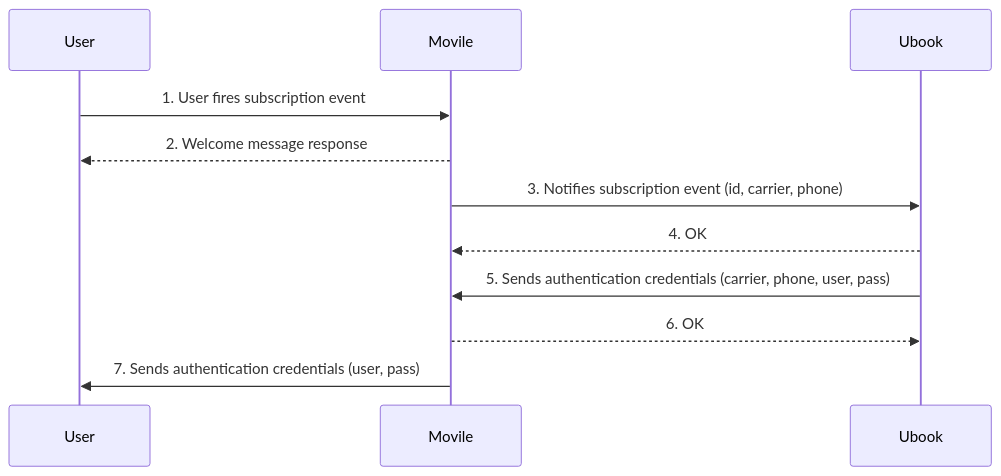
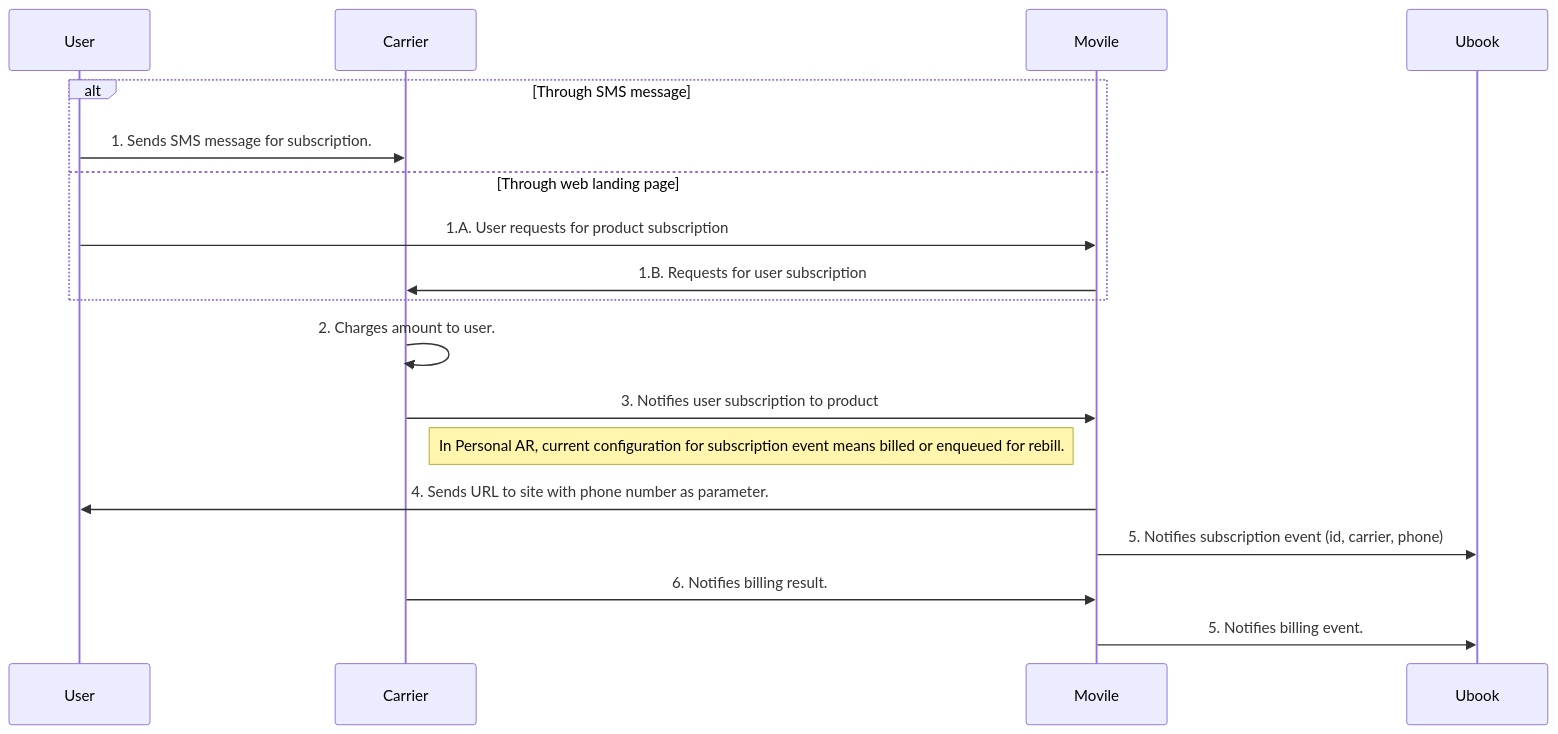
The diagram in ubook/subscription.mmd (ariel-rios-movile/diagrams), drawn with Mermaid before and after one commit. The commit also changed 2 other files, not shown here.

Commit message:
Updates diagrams for Ubook.

```diff
--- a/ubook/subscription.mmd
+++ b/ubook/subscription.mmd
@@ -1,12 +1,17 @@
 sequenceDiagram
-    participant User
-    participant Movile
-    participant Ubook
+    alt Through SMS message
+        User ->> Carrier: 1. Sends SMS message for subscription.
+    else Through web landing page
+        User ->> Movile: 1.A. User requests for product subscription
+        Movile ->> Carrier: 1.B. Requests for user subscription
+    end
 
-    User->>Movile: 1. User fires subscription event
-    Movile-->>User: 2. Welcome message response
-    Movile->>Ubook: 3. Notifies subscription event (id, carrier, phone)
-    Ubook-->>Movile: 4. OK
-    Ubook->>Movile: 5. Sends authentication credentials (carrier, phone, user, pass)
-    Movile-->>Ubook: 6. OK
-    Movile->>User: 7. Sends authentication credentials (user, pass) 
+    Carrier ->> Carrier: 2. Charges amount to user.
+    Carrier ->> Movile: 3. Notifies user subscription to product
+    Note right of Carrier: In Personal AR, current configuration for subscription event means billed or enqueued for rebill.
+
+    Movile ->> User: 4. Sends URL to site with phone number as parameter.
+    Movile ->> Ubook: 5. Notifies subscription event (id, carrier, phone)
+
+    Carrier ->> Movile: 6. Notifies billing result.
+    Movile ->> Ubook: 5. Notifies billing event.
```
